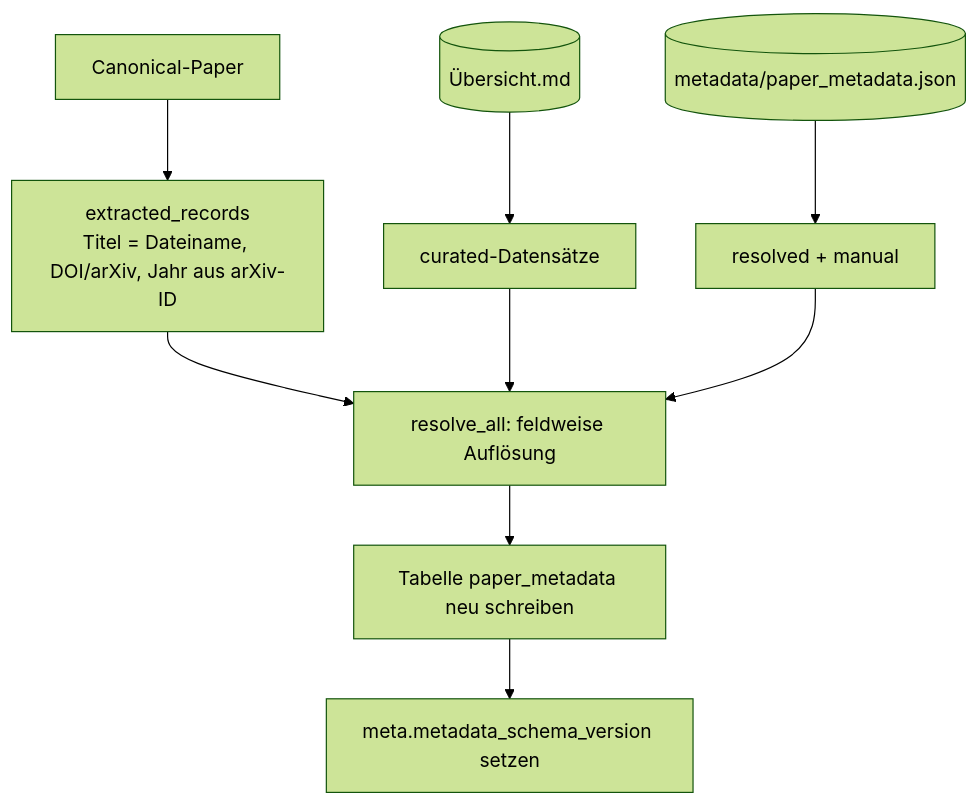
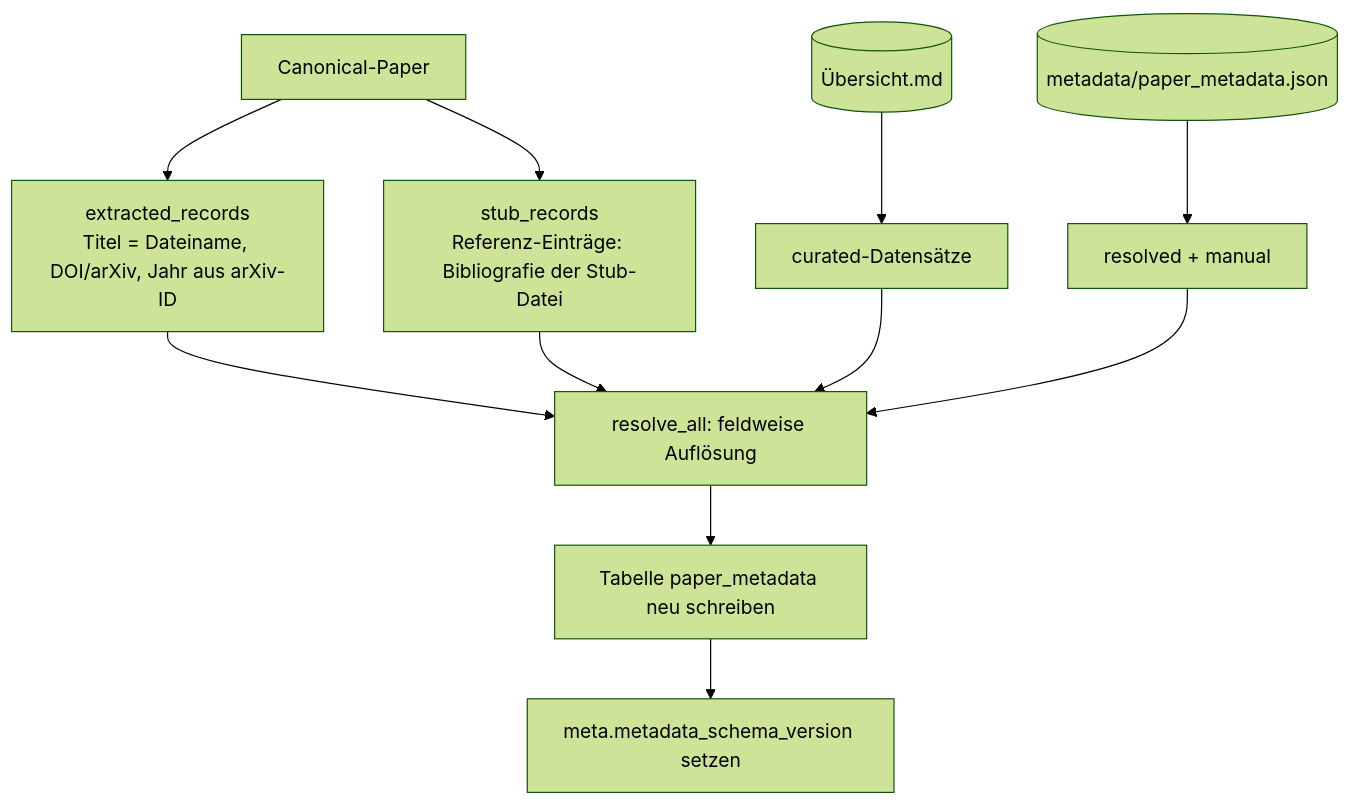
Before and after one commit to MomoEngineer/research-graphrag: the first of 2 diagrams in src/research_graphrag/indexing/doc/metadata_index.md, drawn with Mermaid (forest theme). The commit also changed other lines of this file and 32 other files, not shown here.

````diff
--- a/src/research_graphrag/indexing/doc/metadata_index.md
+++ b/src/research_graphrag/indexing/doc/metadata_index.md
@@ -33,11 +34,13 @@
 ```mermaid
 flowchart TD
     A["Canonical-Paper"] --> B["extracted_records<br/>Titel = Dateiname, DOI/arXiv, Jahr aus arXiv-ID"]
+    A --> S["stub_records<br/>Referenz-Einträge: Bibliografie der Stub-Datei"]
     UE[("Übersicht.md")] --> C["curated-Datensätze"]
     JS[("metadata/paper_metadata.json")] --> D["resolved + manual"]
     B --> E["resolve_all: feldweise Auflösung"]
+    S --> E
     C --> E
     D --> E
     E --> F["Tabelle paper_metadata neu schreiben"]
     F --> G["meta.metadata_schema_version setzen"]
 ```
````
